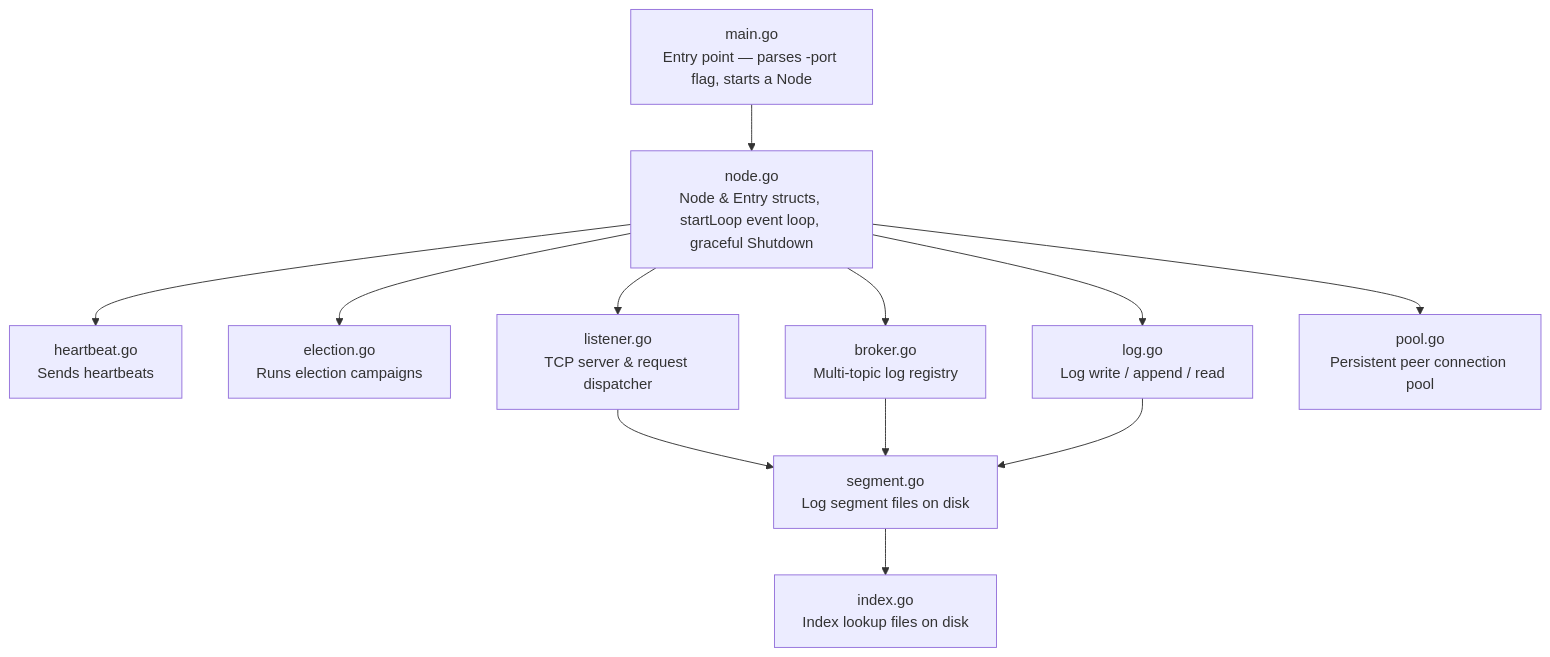
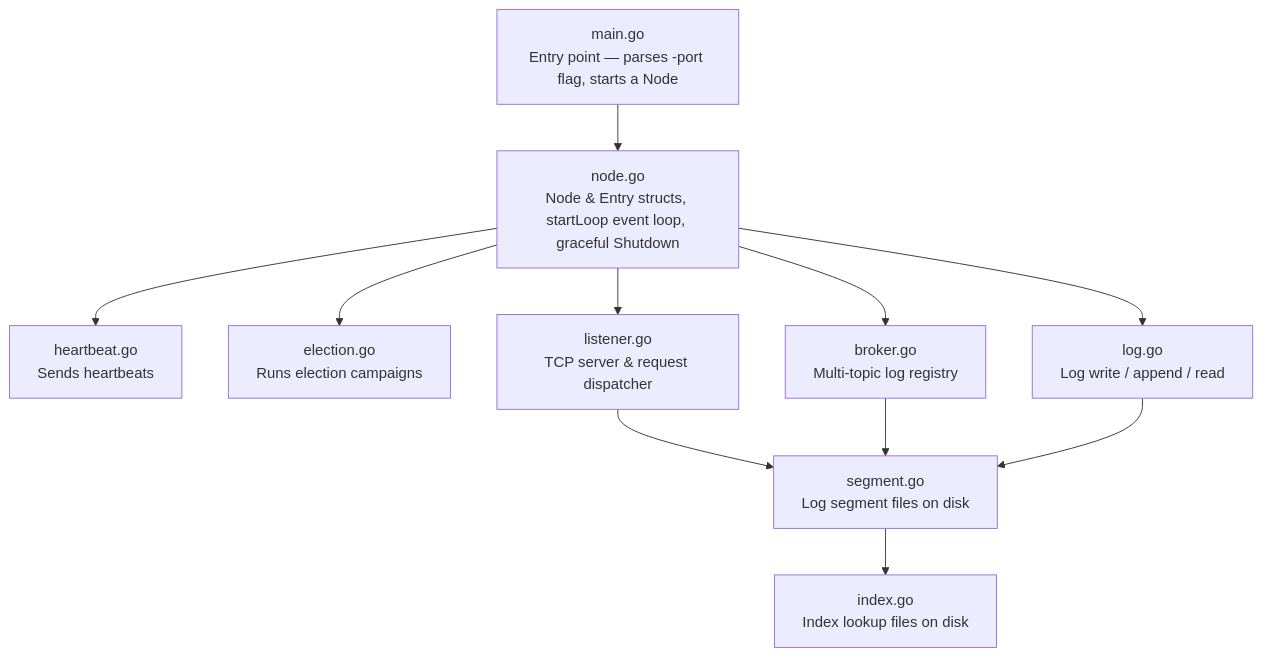
Before and after one commit to adnanmaja/borges: the first of 2 diagrams in raft/README.md, drawn with Mermaid. The commit also changed other lines of this file and 6 other files, not shown here.

Commit message:
fix: getting rid of connection pool, remove stopCh, and fix term inconsistencies

````diff
--- a/raft/README.md
+++ b/raft/README.md
@@ -43,14 +43,13 @@
 ```mermaid
 flowchart TD
     A[main.go<br/>Entry point — parses -port flag, starts a Node] --> B[node.go<br/>Node & Entry structs, startLoop event loop, graceful Shutdown]
     B --> C[heartbeat.go<br/>Sends heartbeats]
     B --> D[election.go<br/>Runs election campaigns]
     B --> E[listener.go<br/>TCP server & request dispatcher]
     B --> F[broker.go<br/>Multi-topic log registry]
     B --> G[log.go<br/>Log write / append / read]
-    B --> H[pool.go<br/>Persistent peer connection pool]
     E --> I[segment.go<br/>Log segment files on disk]
     F --> I
     G --> I
     I --> J[index.go<br/>Index lookup files on disk]
 ```
````
